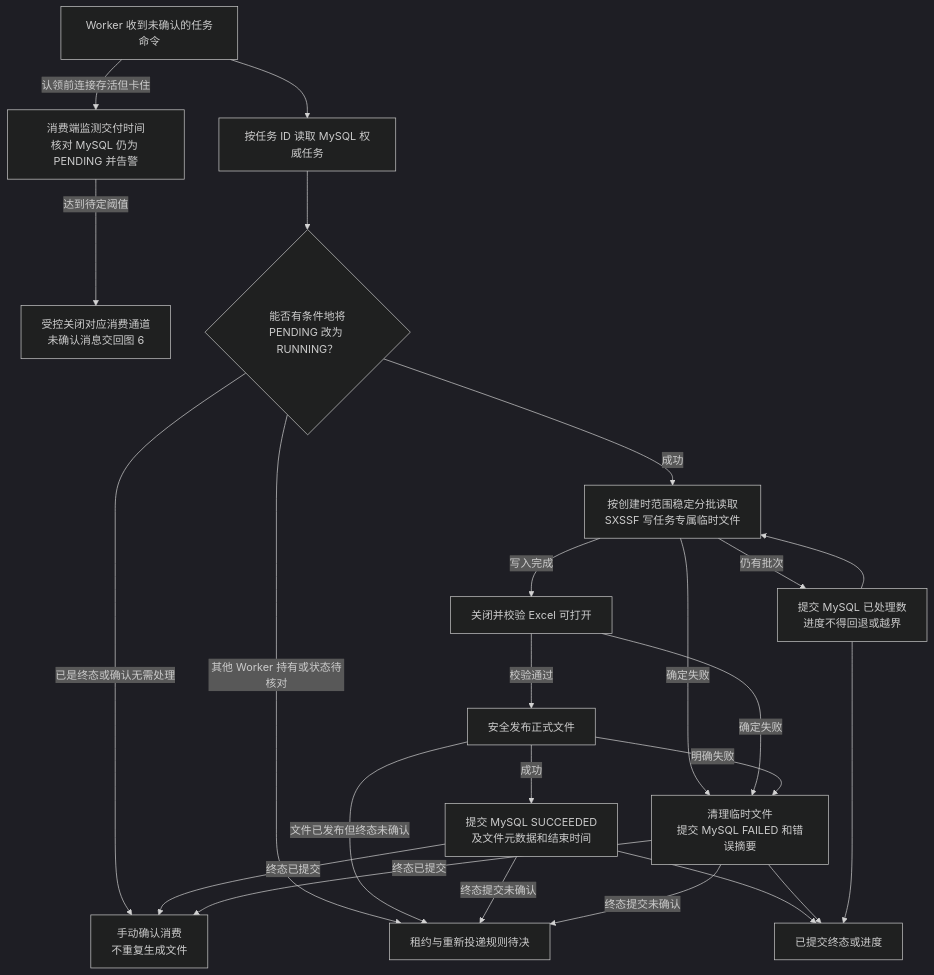
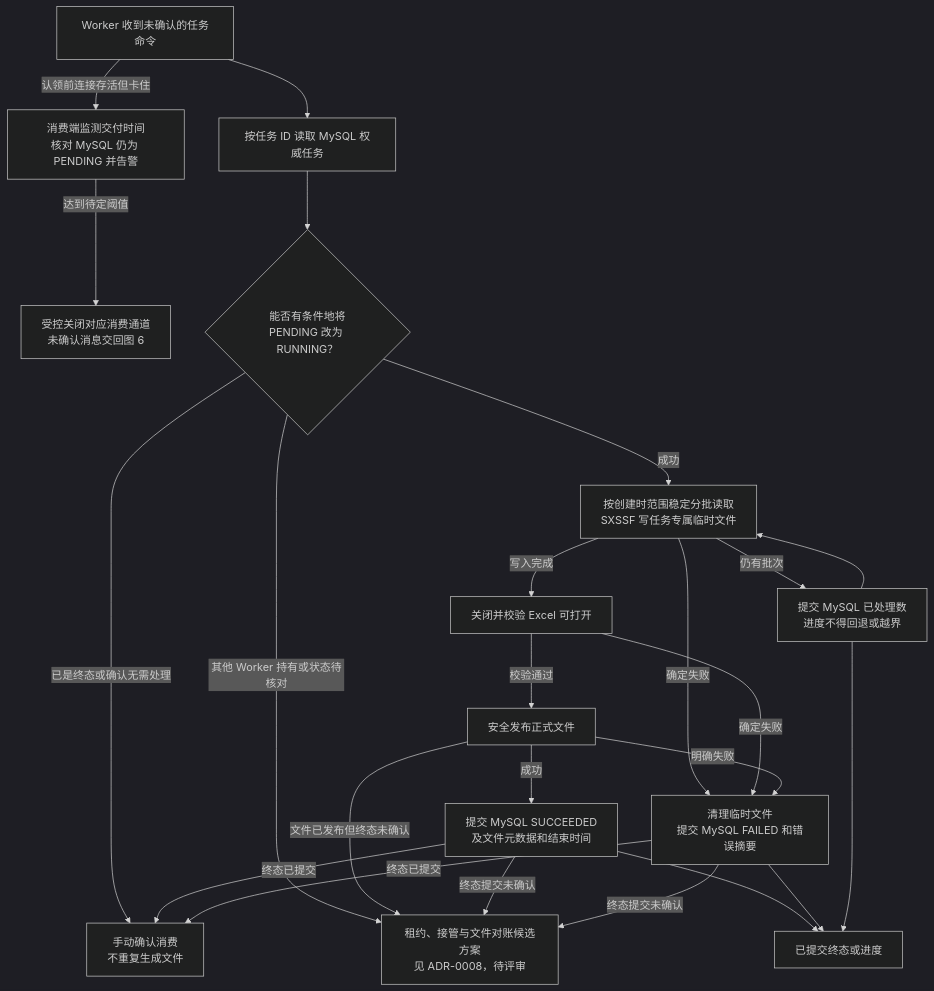
The fourth of 6 diagrams in DATA-FLOW.md (yxyxy666/export-flow), drawn with Mermaid (dark theme) before and after one commit. The commit also changed other lines of this file and 3 other files, not shown here.

````diff
--- a/DATA-FLOW.md
+++ b/DATA-FLOW.md
@@ -144,26 +144,26 @@
 ```mermaid
 flowchart TD
   A[Worker 收到未确认的任务命令] --> B[按任务 ID 读取 MySQL 权威任务]
   A -->|认领前连接存活但卡住| WATCH[消费端监测交付时间<br/>核对 MySQL 仍为 PENDING 并告警]
   WATCH -->|达到待定阈值| CLOSE[受控关闭对应消费通道<br/>未确认消息交回图 6]
   B --> C{能否有条件地将<br/>PENDING 改为 RUNNING？}
   C -->|已是终态或确认无需处理| ACK[手动确认消费<br/>不重复生成文件]
-  C -->|其他 Worker 持有或状态待核对| REC[租约与重新投递规则待决]
+  C -->|其他 Worker 持有或状态待核对| REC[租约、接管与文件对账候选方案<br/>见 ADR-0008，待评审]
   C -->|成功| G[按创建时范围稳定分批读取<br/>SXSSF 写任务专属临时文件]
   G -->|仍有批次| P[提交 MySQL 已处理数<br/>进度不得回退或越界]
   P --> G
   G -->|写入完成| V[关闭并校验 Excel 可打开]
   V -->|校验通过| PUB[安全发布正式文件]
   PUB -->|成功| S[提交 MySQL SUCCEEDED<br/>及文件元数据和结束时间]
   G -->|确定失败| F[清理临时文件<br/>提交 MySQL FAILED 和错误摘要]
   V -->|确定失败| F
   PUB -->|明确失败| F
   S -->|终态已提交| ACK
   F -->|终态已提交| ACK
   S --> OUT[已提交终态或进度]
   F --> OUT
   P --> OUT
   PUB -->|文件已发布但终态未确认| REC
   S -->|终态提交未确认| REC
   F -->|终态提交未确认| REC
 ```
````
